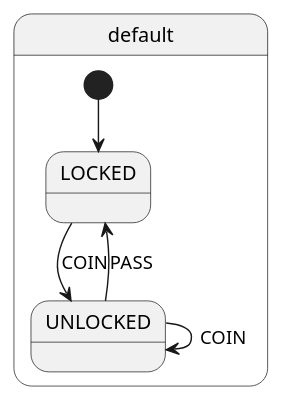
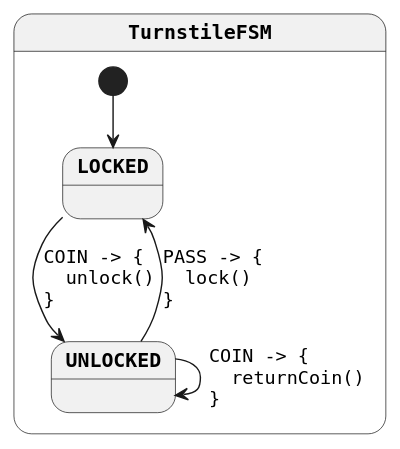
One commit to open-jumpco/kfsm changed the diagram in generated/turnstile.plantuml. Above: the diagram before and after it, drawn with PlantUML. The commit also changed 128 other files, not shown here.

```diff
--- a/generated/turnstile.plantuml
+++ b/generated/turnstile.plantuml
@@ -1,8 +1,15 @@
 @startuml
-state default {
-  [*] --> LOCKED
-  LOCKED --> UNLOCKED : COIN
-  UNLOCKED --> UNLOCKED : COIN
-  UNLOCKED --> LOCKED : PASS
+skinparam monochrome true
+skinparam StateFontName Helvetica
+skinparam defaultFontName Monospaced
+skinparam defaultFontStyle Bold
+skinparam state {
+    FontStyle Bold
+}
+state TurnstileFSM {
+[*] --> LOCKED
+LOCKED --> UNLOCKED : COIN -> {\l  unlock()\l}
+UNLOCKED --> UNLOCKED : COIN -> {\l  returnCoin()\l}
+UNLOCKED --> LOCKED : PASS -> {\l  lock()\l}
 }
 @enduml
```
